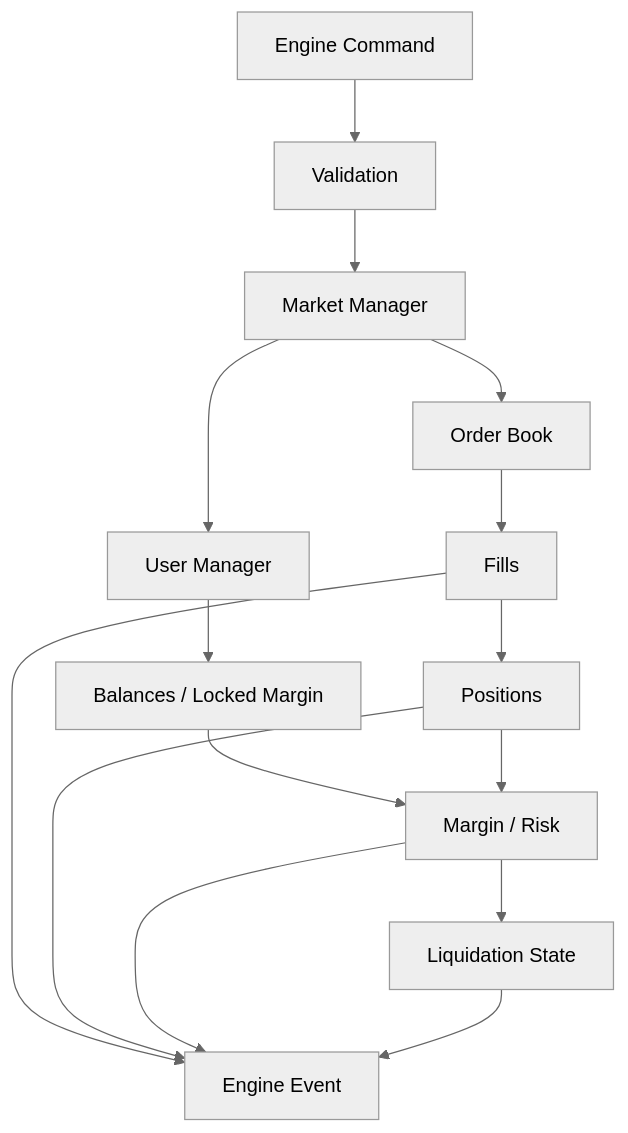
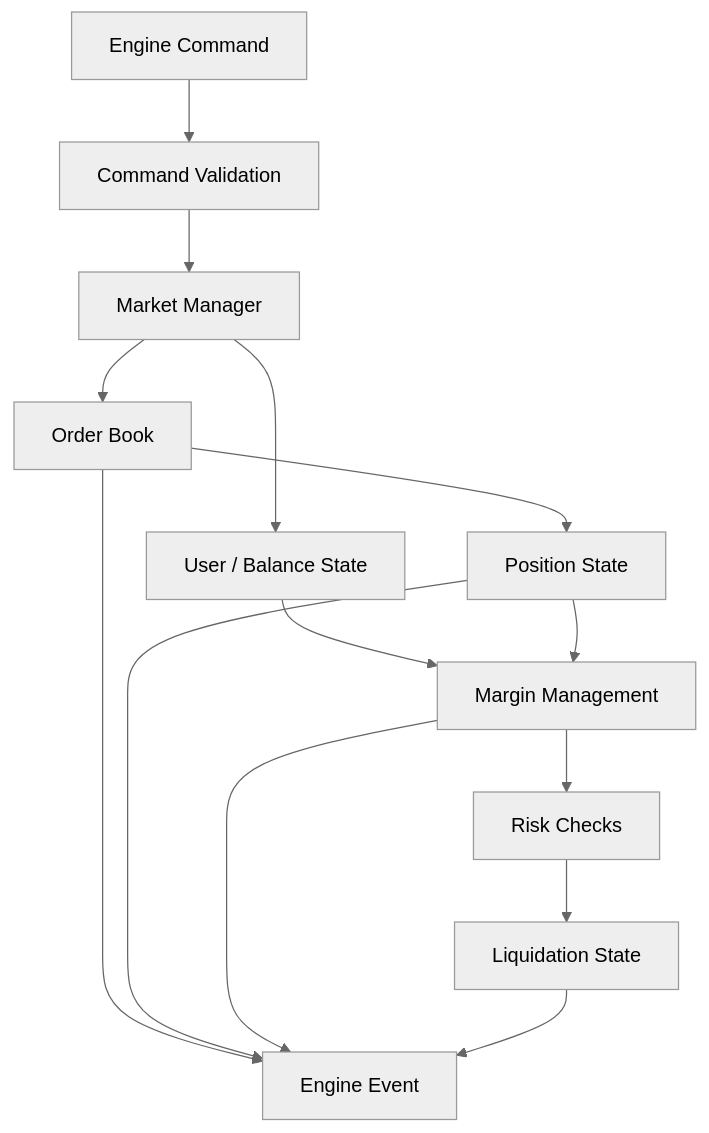
The second of 8 diagrams in README.md (MANI-116/PERP), drawn with Mermaid (neutral theme) before and after one commit. The commit also changed other lines of this file, not shown here.

Commit message:
docs: add PerpX system architecture image

````diff
--- a/README.md
+++ b/README.md
@@ -136,17 +96,16 @@
 ```mermaid
 flowchart TB
-    CMD["Engine Command"] --> V["Validation"]
-    V --> M["Market Manager"]
-    M --> B["Order Book"]
-    M --> U["User Manager"]
-    B --> F["Fills"]
-    U --> BAL["Balances / Locked Margin"]
-    F --> POS["Positions"]
-    BAL --> RISK["Margin / Risk"]
-    POS --> RISK
-    RISK --> LIQ["Liquidation State"]
-    F --> EVENT["Engine Event"]
+    CMD[Engine Command] --> VALIDATE[Command Validation]
+    VALIDATE --> MARKET[Market Manager]
+    MARKET --> BOOK[Order Book]
+    MARKET --> USERS[User / Balance State]
+    BOOK --> POS[Position State]
+    USERS --> MARGIN[Margin Management]
+    POS --> MARGIN
+    MARGIN --> RISK[Risk Checks]
+    RISK --> LIQ[Liquidation State]
+    BOOK --> EVENT[Engine Event]
     POS --> EVENT
-    RISK --> EVENT
+    MARGIN --> EVENT
     LIQ --> EVENT
 ```
````
